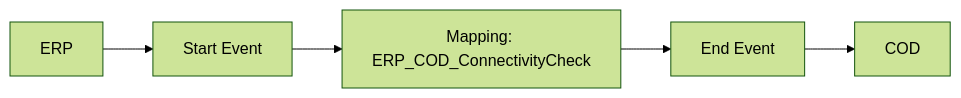
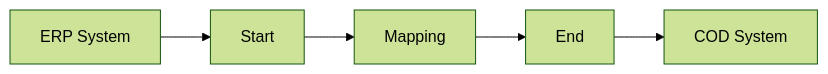
Before and after one commit to Avvale-IA-CICD/AvvaleCPI: the diagram in MMZ - Cell Iflows/Check_Connectivity_from_SAP_Business_Suite_MMZ-1.0.3/readme.md, drawn with Mermaid (forest theme). The commit also changed other lines of this file, not shown here.

Commit message:
Add/update documentation for Check_Connectivity_from_SAP_Business_Suite_MMZ v1.0.3

````diff
--- a/MMZ - Cell Iflows/Check_Connectivity_from_SAP_Business_Suite_MMZ-1.0.3/readme.md
+++ b/MMZ - Cell Iflows/Check_Connectivity_from_SAP_Business_Suite_MMZ-1.0.3/readme.md
@@ -4,7 +6,7 @@
 ```mermaid
 graph LR
-    ERP[ERP] --> StartEvent[Start Event]
-    StartEvent --> Mapping[Mapping: ERP_COD_ConnectivityCheck]
-    Mapping --> EndEvent[End Event]
-    EndEvent --> COD[COD]
+    ERP[ERP System] --> StartEvent
+    StartEvent[Start] --> Mapping
+    Mapping[Mapping] --> EndEvent
+    EndEvent[End] --> COD[COD System]
 ```
````
